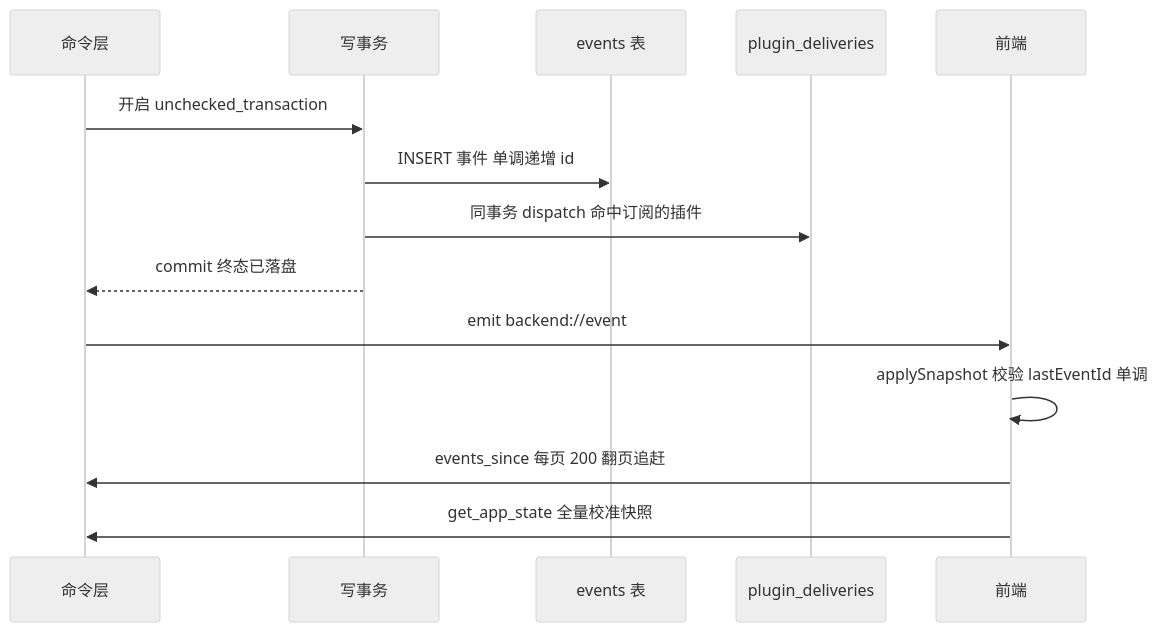
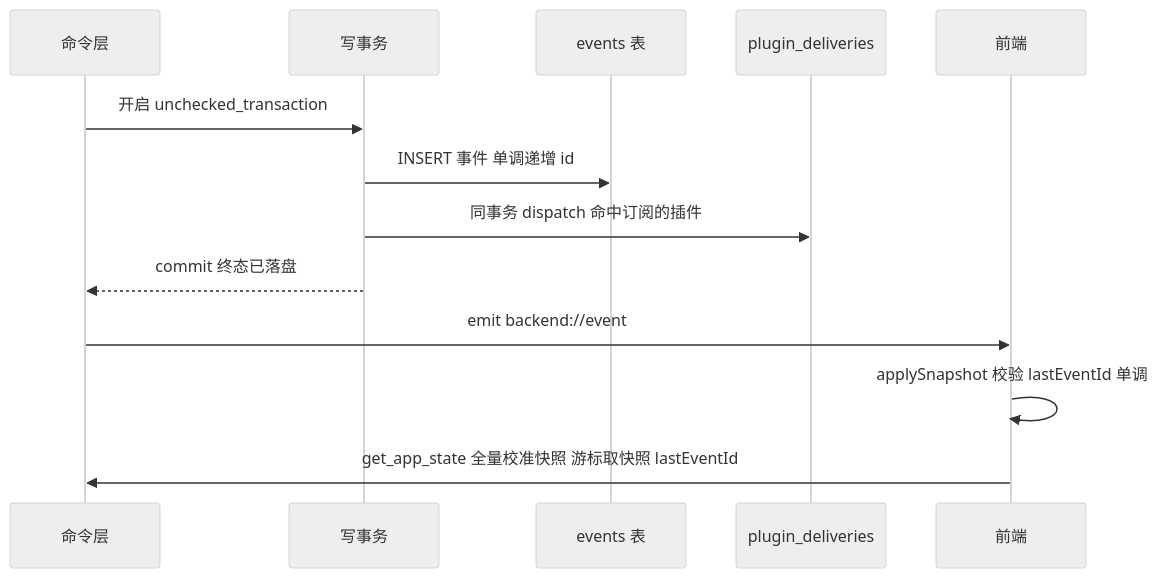
One commit to hershate/Deep-tutor changed the fourth of 23 diagrams in docs/architecture/02-operation-principles.md. Above: the diagram before and after it, drawn with Mermaid (neutral theme). The commit also changed other lines of this file and 6 other files, not shown here.

````diff
--- a/docs/architecture/02-operation-principles.md
+++ b/docs/architecture/02-operation-principles.md
@@ -100,16 +100,15 @@
 ```mermaid
 sequenceDiagram
     participant CMD as 命令层
     participant TX as 写事务
     participant EV as events 表
     participant PL as plugin_deliveries
     participant FE as 前端
     CMD->>TX: 开启 unchecked_transaction
     TX->>EV: INSERT 事件 单调递增 id
     TX->>PL: 同事务 dispatch 命中订阅的插件
     TX-->>CMD: commit 终态已落盘
     CMD->>FE: emit backend://event
     FE->>FE: applySnapshot 校验 lastEventId 单调
-    FE->>CMD: events_since 每页 200 翻页追赶
-    FE->>CMD: get_app_state 全量校准快照
+    FE->>CMD: get_app_state 全量校准快照 游标取快照 lastEventId
 ```
````
